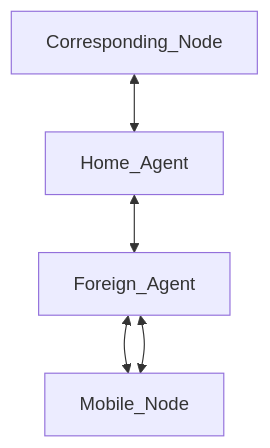
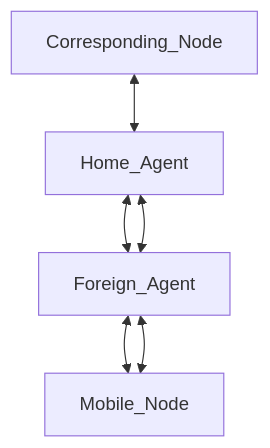
The diagram in README.md (juakali-networks/mip), drawn with Mermaid before and after one commit. The commit also changed 1 other file, not shown here.

Commit message:
Added diagram to ReadMe

````diff
--- a/README.md
+++ b/README.md
@@ -26,7 +26,8 @@
 ```mermaid
 graph TD;
     Foreign_Agent<-->Mobile_Node;
     Home_Agent<-->Foreign_Agent;
+    Home_Agent<-->Foreign_Agent;
     Corresponding_Node<-->Home_Agent;
     Foreign_Agent<-->Mobile_Node;
 ```
````
